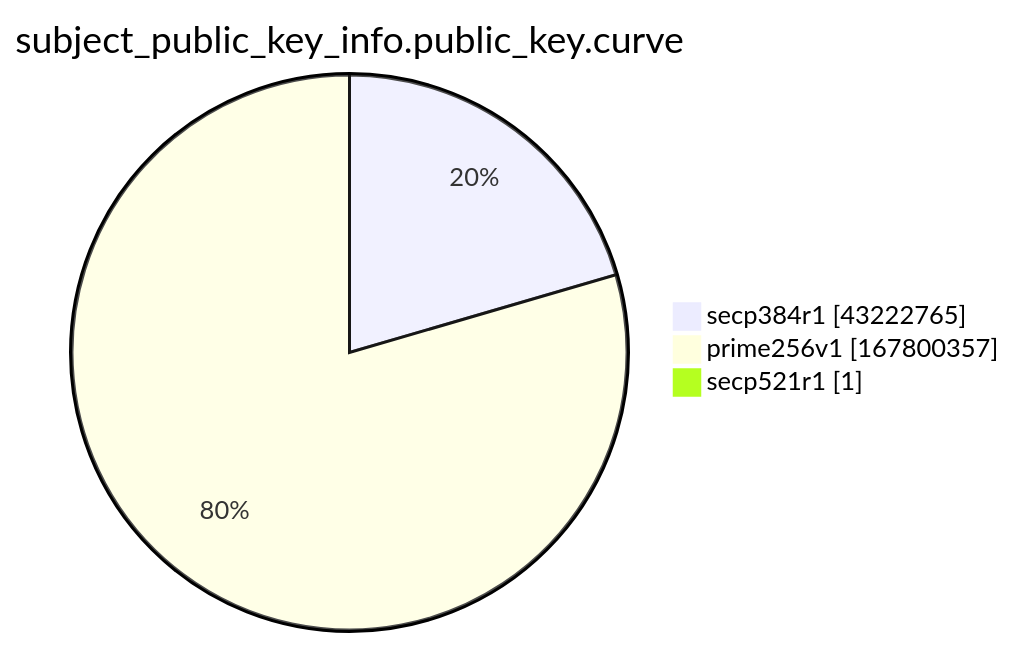
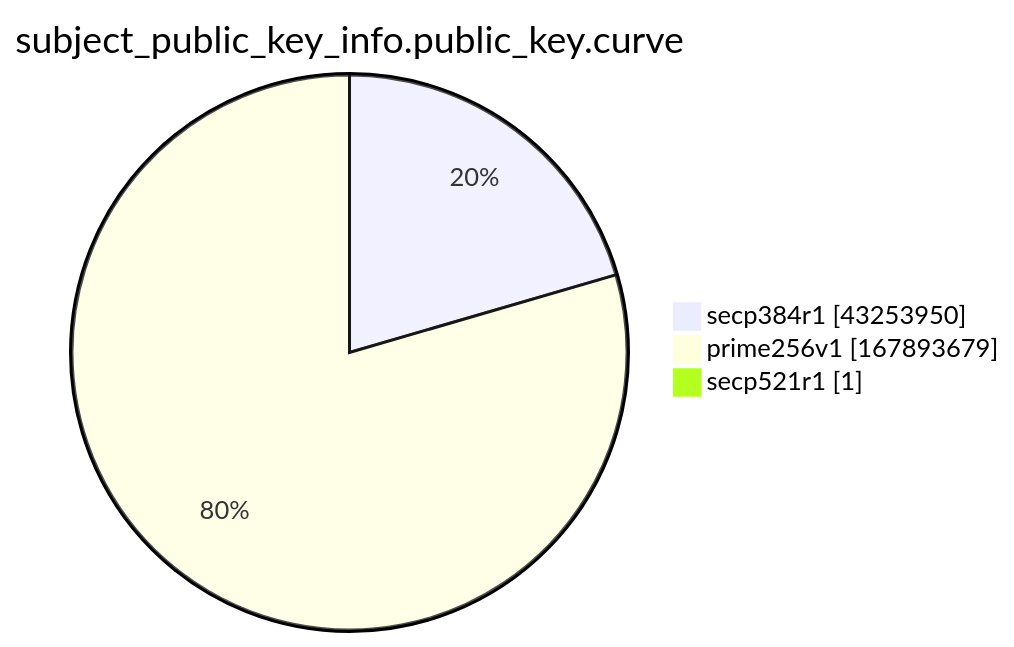
The ninth of 15 diagrams in xenon2022/README.md (christiankrug/ctmonitor_visualization), drawn with Mermaid before and after one commit. The commit also changed other lines of this file, not shown here.

````diff
--- a/xenon2022/README.md
+++ b/xenon2022/README.md
@@ -2869,7 +2869,7 @@
 ```mermaid
 pie showData
 title subject_public_key_info.public_key.curve
-"secp384r1" :43222765
-"prime256v1" :167800357
+"secp384r1" :43253950
+"prime256v1" :167893679
 "secp521r1" :1
 ```
````
